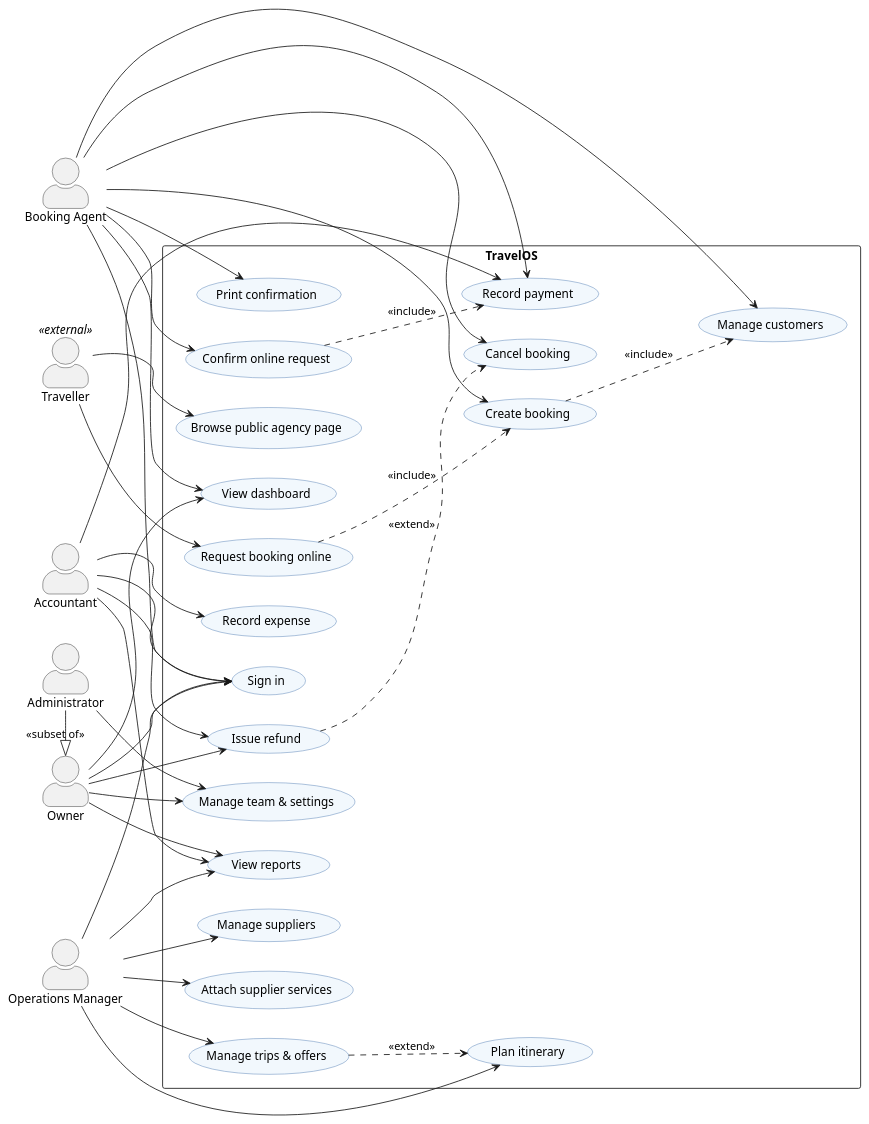
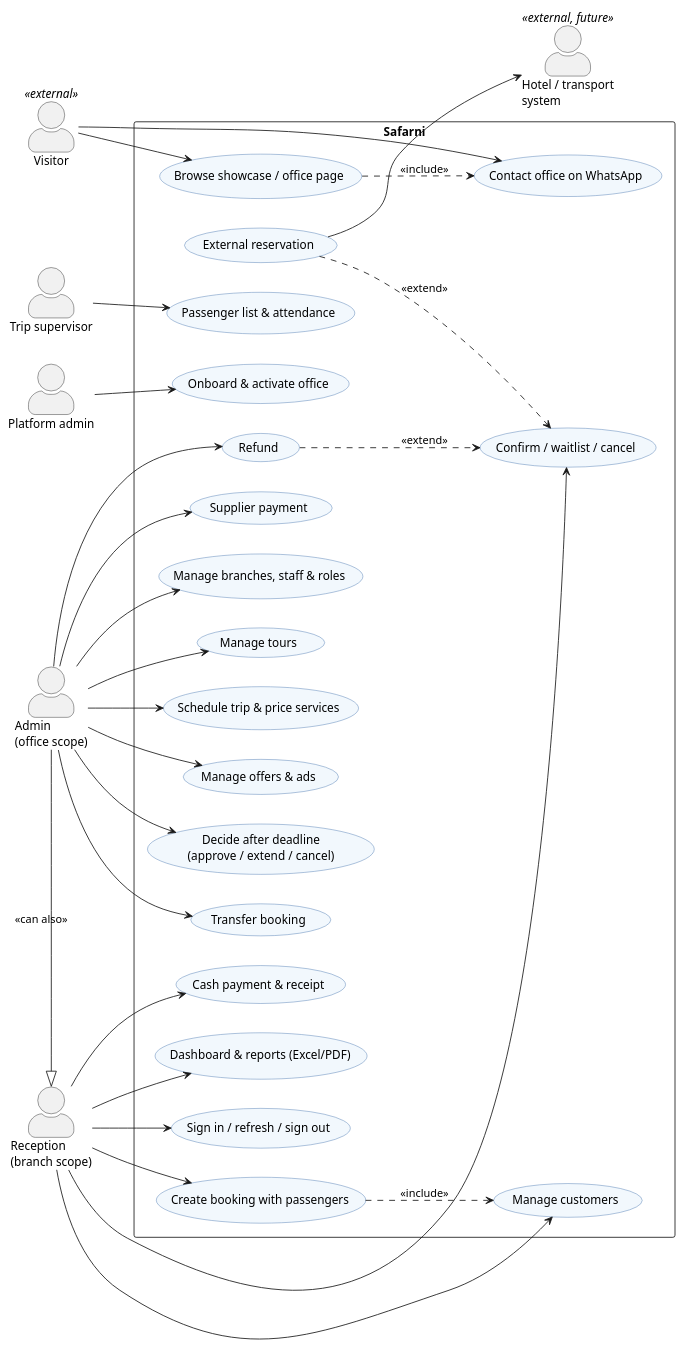
The diagram in docs/diagrams/use-cases.puml (hasan123dayoub-del/TakeMeHigh), drawn with PlantUML before and after one commit. The commit also changed 1 other file, not shown here.

Commit message:
docs(use-cases): Safarni actors, UML diagram and main/alternative flows

```diff
--- a/docs/diagrams/use-cases.puml
+++ b/docs/diagrams/use-cases.puml
@@ -1,73 +1,65 @@
-@startuml TravelOS_UseCases
+@startuml Safarni_UseCases
 left to right direction
 skinparam packageStyle rectangle
 skinparam actorStyle awesome
 skinparam usecase {
   BackgroundColor #F2F8FD
   BorderColor #3F70AB
 }
 
-actor "Owner" as Owner
-actor "Administrator" as Admin
-actor "Operations Manager" as Ops
-actor "Booking Agent" as Agent
-actor "Accountant" as Acc
-actor "Traveller" as Trav <<external>>
+actor "Admin\n(office scope)" as Admin
+actor "Reception\n(branch scope)" as Rec
+actor "Trip supervisor" as Sup
+actor "Platform admin" as Plat
+actor "Visitor" as Vis <<external>>
+actor "Hotel / transport\nsystem" as Ext <<external, future>>
 
-Admin -|> Owner : <<subset of>>
+Admin -|> Rec : <<can also>>
 
-rectangle "TravelOS" {
-  usecase "Sign in" as UC1
-  usecase "View dashboard" as UC2
-  usecase "Manage trips & offers" as UC3
-  usecase "Plan itinerary" as UC4
-  usecase "Manage suppliers" as UC5
-  usecase "Attach supplier services" as UC6
-  usecase "Create booking" as UC7
-  usecase "Record payment" as UC8
-  usecase "Cancel booking" as UC9
-  usecase "Issue refund" as UC10
-  usecase "Print confirmation" as UC11
-  usecase "Manage customers" as UC12
-  usecase "Record expense" as UC13
-  usecase "View reports" as UC14
-  usecase "Manage team & settings" as UC15
-  usecase "Browse public agency page" as UC16
-  usecase "Request booking online" as UC17
-  usecase "Confirm online request" as UC18
+rectangle "Safarni" {
+  usecase "Sign in / refresh / sign out" as UC1
+  usecase "Onboard & activate office" as UC2
+  usecase "Manage branches, staff & roles" as UC3
+  usecase "Manage tours" as UC4
+  usecase "Schedule trip & price services" as UC5
+  usecase "Manage offers & ads" as UC6
+  usecase "Decide after deadline\n(approve / extend / cancel)" as UC7
+  usecase "Manage customers" as UC8
+  usecase "Create booking with passengers" as UC9
+  usecase "Confirm / waitlist / cancel" as UC10
+  usecase "Transfer booking" as UC11
+  usecase "Cash payment & receipt" as UC12
+  usecase "Refund" as UC13
+  usecase "Supplier payment" as UC14
+  usecase "Dashboard & reports (Excel/PDF)" as UC15
+  usecase "Passenger list & attendance" as UC16
+  usecase "Browse showcase / office page" as UC17
+  usecase "Contact office on WhatsApp" as UC18
+  usecase "External reservation" as UC19
 }
 
-Owner --> UC1
-Owner --> UC2
-Owner --> UC14
-Owner --> UC15
-Owner --> UC10
-Admin --> UC15
-Ops --> UC1
-Ops --> UC3
-Ops --> UC4
-Ops --> UC5
-Ops --> UC6
-Ops --> UC14
-Agent --> UC1
-Agent --> UC2
-Agent --> UC7
-Agent --> UC8
-Agent --> UC9
-Agent --> UC11
-Agent --> UC12
-Agent --> UC18
-Acc --> UC1
-Acc --> UC8
-Acc --> UC10
-Acc --> UC13
-Acc --> UC14
-Trav --> UC16
-Trav --> UC17
+Plat --> UC2
+Admin --> UC3
+Admin --> UC4
+Admin --> UC5
+Admin --> UC6
+Admin --> UC7
+Admin --> UC11
+Admin --> UC13
+Admin --> UC14
+Rec --> UC1
+Rec --> UC8
+Rec --> UC9
+Rec --> UC10
+Rec --> UC12
+Rec --> UC15
+Sup --> UC16
+Vis --> UC17
+Vis --> UC18
+UC19 --> Ext
 
-UC7 ..> UC12 : <<include>>
-UC10 ..> UC9 : <<extend>>
-UC17 ..> UC7 : <<include>>
-UC18 ..> UC8 : <<include>>
-UC3 ..> UC4 : <<extend>>
+UC9 ..> UC8 : <<include>>
+UC13 ..> UC10 : <<extend>>
+UC17 ..> UC18 : <<include>>
+UC19 ..> UC10 : <<extend>>
 @enduml
```
